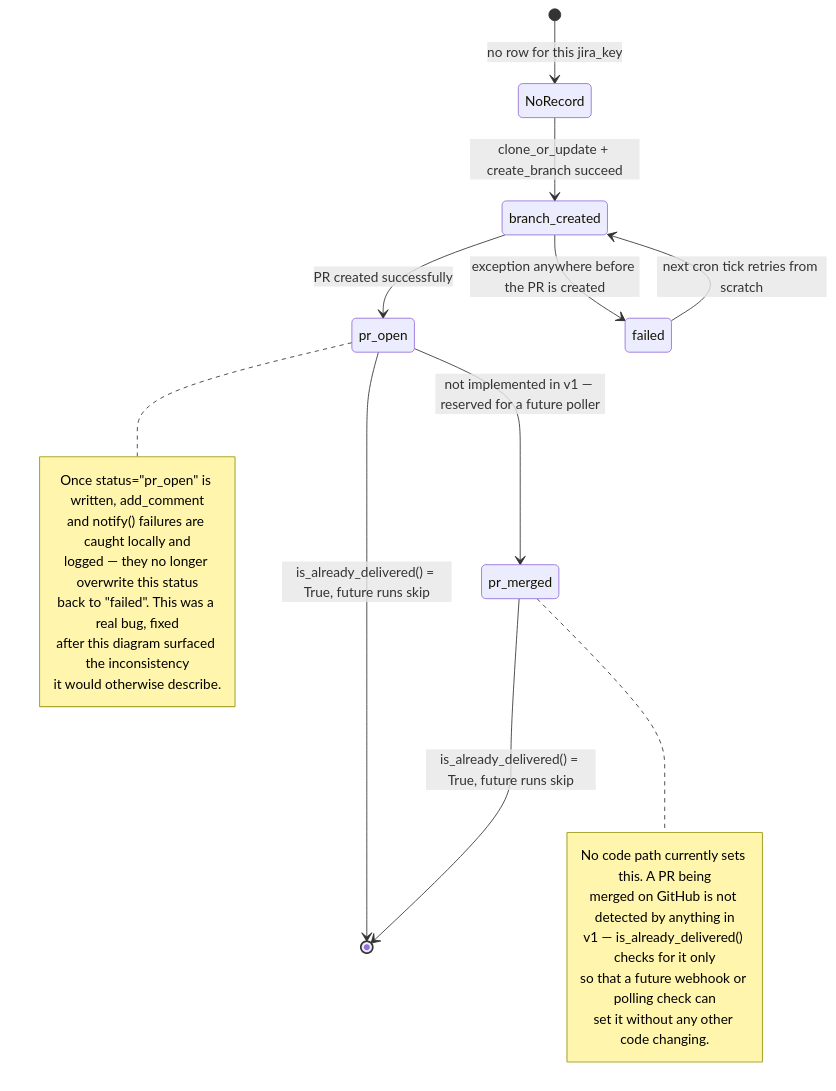
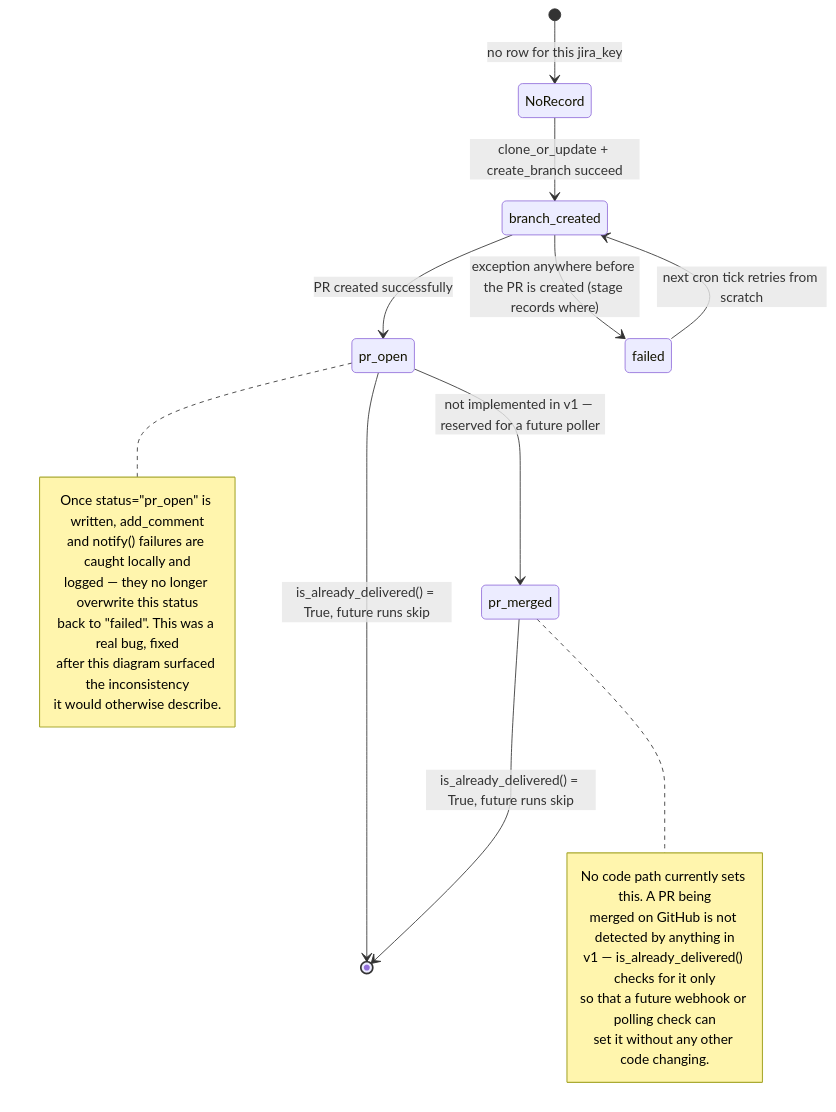
The third of 3 diagrams in docs/architecture/05-data-and-state-model.md (roberjo/ticket-remediation), drawn with Mermaid before and after one commit. The commit also changed 7 other files, not shown here.

First line of the commit message:
Roadmap R-01: verify LLM edits against the repo's own build/test before opening a PR

````diff
--- a/docs/architecture/05-data-and-state-model.md
+++ b/docs/architecture/05-data-and-state-model.md
@@ -90,28 +90,28 @@
 ```mermaid
 stateDiagram-v2
     [*] --> NoRecord : no row for this jira_key
     NoRecord --> branch_created : clone_or_update + create_branch succeed
     branch_created --> pr_open : PR created successfully
-    branch_created --> failed : exception anywhere before the PR is created
+    branch_created --> failed : exception anywhere before the PR is created (stage records where)
     failed --> branch_created : next cron tick retries from scratch
     pr_open --> pr_merged : not implemented in v1 — reserved for a future poller
     pr_open --> [*] : is_already_delivered() = True, future runs skip
     pr_merged --> [*] : is_already_delivered() = True, future runs skip
 
     note right of pr_open
         Once status="pr_open" is written, add_comment
         and notify() failures are caught locally and
         logged — they no longer overwrite this status
         back to "failed". This was a real bug, fixed
         after this diagram surfaced the inconsistency
         it would otherwise describe.
     end note
 
     note right of pr_merged
         No code path currently sets this. A PR being
         merged on GitHub is not detected by anything in
         v1 — is_already_delivered() checks for it only
         so that a future webhook or polling check can
         set it without any other code changing.
     end note
 ```
````
